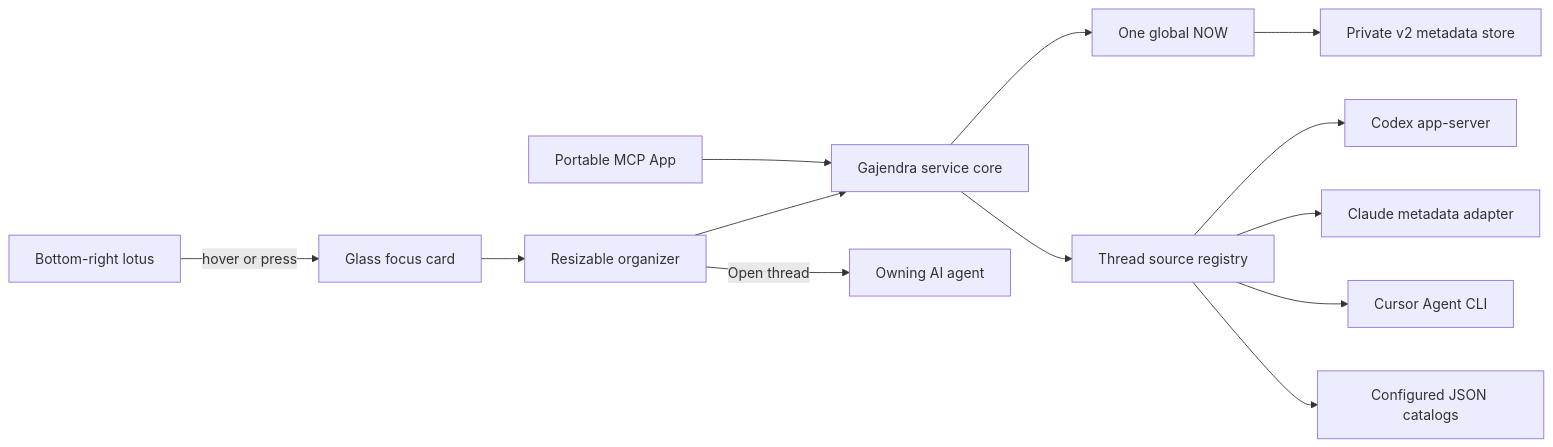
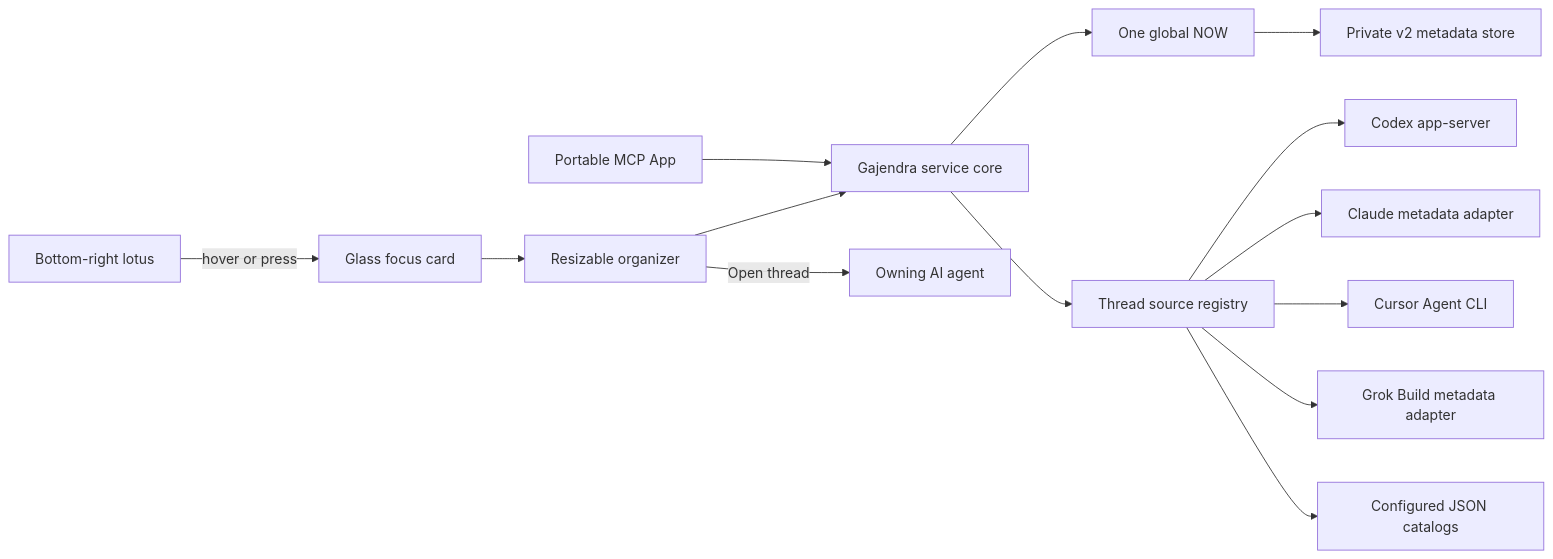
One commit to siddath/Gajendra changed the diagram in docs/ARCHITECTURE.md. Above: the diagram before and after it, drawn with Mermaid. The commit also changed other lines of this file and 36 other files, not shown here.

````diff
--- a/docs/ARCHITECTURE.md
+++ b/docs/ARCHITECTURE.md
@@ -7,15 +7,16 @@
 ```mermaid
 flowchart LR
     Pill["Bottom-right lotus"] -->|"hover or press"| Card["Glass focus card"]
     Card --> Organizer["Resizable organizer"]
     MCP["Portable MCP App"] --> Service["Gajendra service core"]
     Organizer --> Service
     Service --> Policy["One global NOW"]
     Policy --> Store["Private v2 metadata store"]
     Service --> Registry["Thread source registry"]
     Registry --> Codex["Codex app-server"]
     Registry --> Claude["Claude metadata adapter"]
     Registry --> Cursor["Cursor Agent CLI"]
+    Registry --> Grok["Grok Build metadata adapter"]
     Registry --> Catalogs["Configured JSON catalogs"]
     Organizer -->|"Open thread"| Owner["Owning AI agent"]
 ```
````
